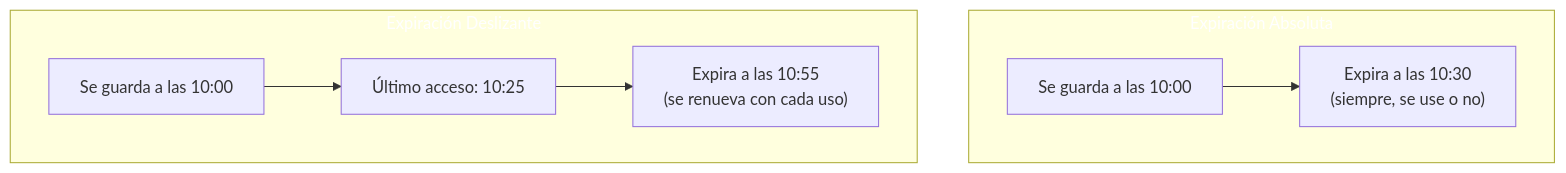
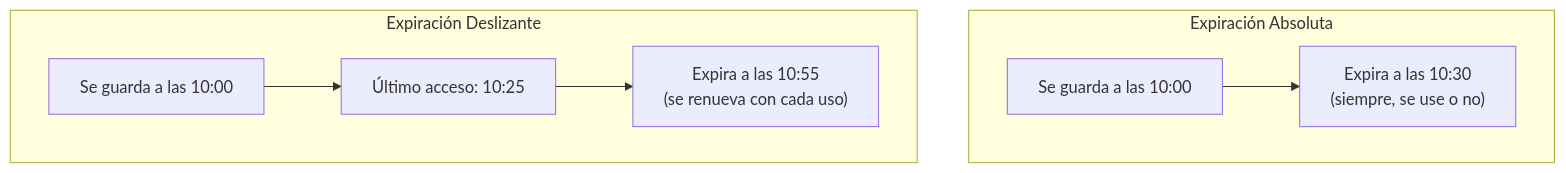
Before and after one commit to joseluisgs/DesarrolloWebEntornosServidor-01-2026-2027: the third of 14 diagrams in 21-sql-nosql.md, drawn with Mermaid. The commit also changed other lines of this file and 15 other files, not shown here.

Commit message:
docs: quitar el relleno a los subgraf de los diagramas y corregir comillas y rayas sueltas

````diff
--- a/21-sql-nosql.md
+++ b/21-sql-nosql.md
@@ -866,14 +863,12 @@
 ```mermaid
 graph TB
     subgraph ABSOLUTA["Expiración Absoluta"]
         A1["Se guarda a las 10:00"] --> A2["Expira a las 10:30<br/>(siempre, se use o no)"]
     end
 
     subgraph DESLIZANTE["Expiración Deslizante"]
         B1["Se guarda a las 10:00"] --> B2["Último acceso: 10:25"]
         B2 --> B3["Expira a las 10:55<br/>(se renueva con cada uso)"]
     end
 
-    style ABSOLUTA fill:#f4433,color:#fff6,color:#fff
-    style DESLIZANTE fill:#4CAF5,color:#fff0,color:#fff
 ```
````
